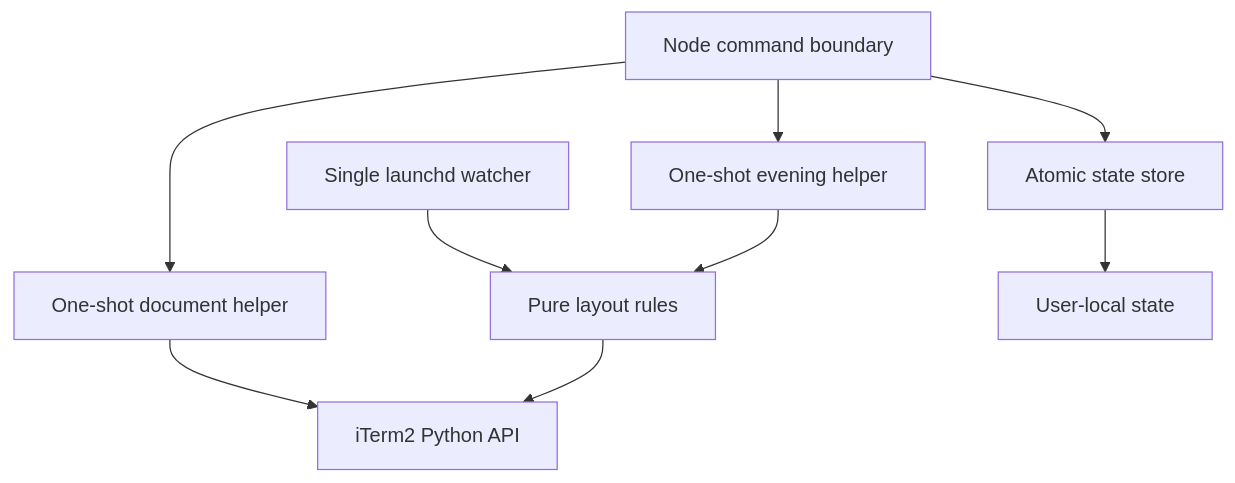
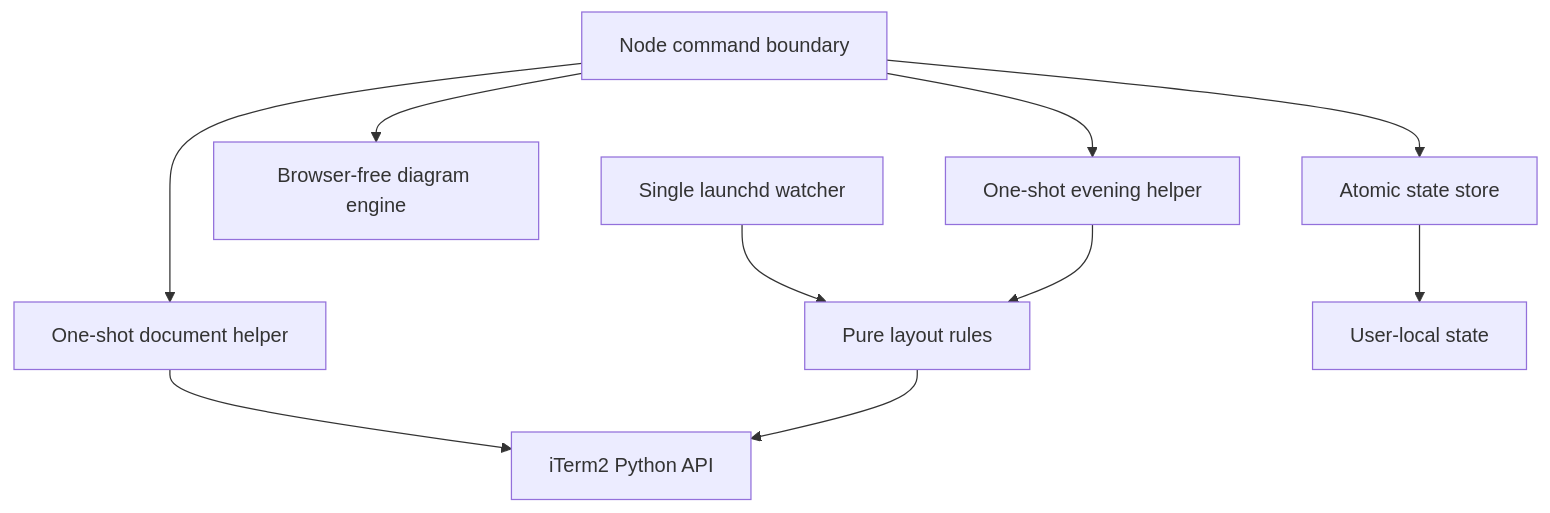
One commit to anik8das/iterm-pane-manager changed the first of 5 diagrams in docs/architecture.md. Above: the diagram before and after it, drawn with Mermaid. The commit also changed other lines of this file and 19 other files, not shown here.

````diff
--- a/docs/architecture.md
+++ b/docs/architecture.md
@@ -3,11 +3,12 @@
 ```mermaid
 flowchart TD
     CLI["Node command boundary"] --> STATE["Atomic state store"]
     CLI --> DOC["One-shot document helper"]
+    CLI --> RENDER["Browser-free diagram engine"]
     CLI --> EVEN["One-shot evening helper"]
     WATCH["Single launchd watcher"] --> LAYOUT["Pure layout rules"]
     EVEN --> LAYOUT
     DOC --> API["iTerm2 Python API"]
     LAYOUT --> API
     STATE --> DISK["User-local state"]
 ```
````
